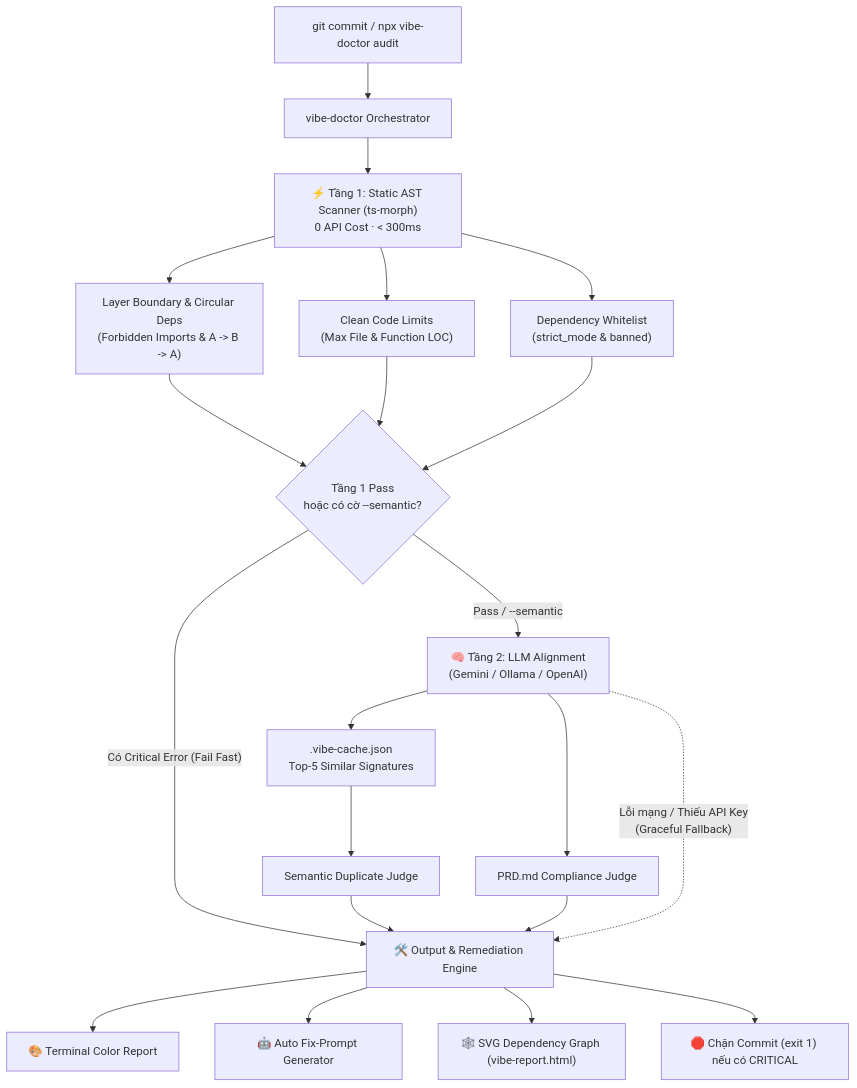
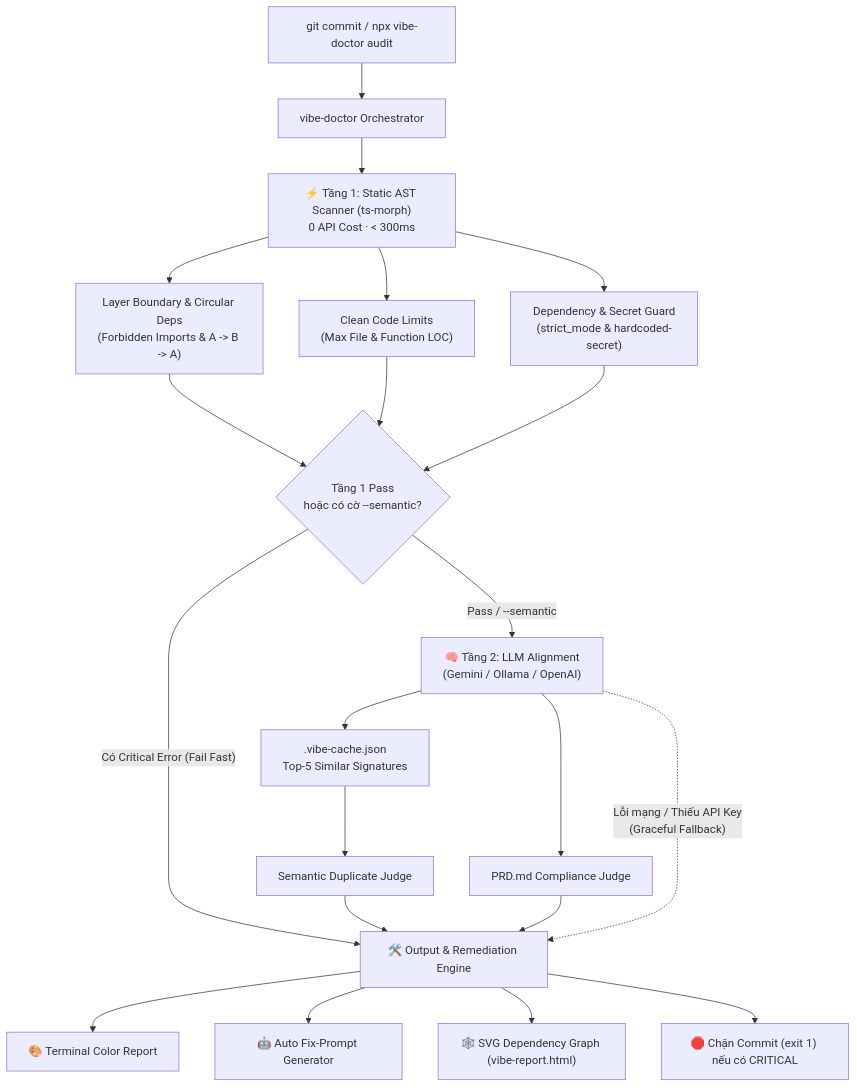
The first of 2 diagrams in README.md (24122050S/Vibe-Doctor), drawn with Mermaid before and after one commit. The commit also changed other lines of this file and 12 other files, not shown here.

Commit message:
feat(v1.4.0): add hardcoded-secret scanner, watch mode, CHANGELOG, and GitHub Release workflow

````diff
--- a/README.md
+++ b/README.md
@@ -55,26 +55,26 @@
 ```mermaid
 flowchart TD
     Commit["git commit / npx vibe-doctor audit"] --> CLI["vibe-doctor Orchestrator"]
 
     CLI --> Tier1["⚡ Tầng 1: Static AST Scanner (ts-morph)<br/>0 API Cost · < 300ms"]
     Tier1 --> R1["Layer Boundary & Circular Deps<br/>(Forbidden Imports & A -> B -> A)"]
     Tier1 --> R2["Clean Code Limits<br/>(Max File & Function LOC)"]
-    Tier1 --> R3["Dependency Whitelist<br/>(strict_mode & banned)"]
+    Tier1 --> R3["Dependency & Secret Guard<br/>(strict_mode & hardcoded-secret)"]
 
     R1 & R2 & R3 --> Gate{"Tầng 1 Pass<br/>hoặc có cờ --semantic?"}
 
     Gate -- "Có Critical Error (Fail Fast)" --> Engine["🛠️ Output & Remediation Engine"]
     Gate -- "Pass / --semantic" --> Tier2["🧠 Tầng 2: LLM Alignment<br/>(Gemini / Ollama / OpenAI)"]
 
     Tier2 --> Index[".vibe-cache.json<br/>Top-5 Similar Signatures"]
     Index --> S1["Semantic Duplicate Judge"]
     Tier2 --> S2["PRD.md Compliance Judge"]
 
     S1 & S2 --> Engine
     Tier2 -. "Lỗi mạng / Thiếu API Key<br/>(Graceful Fallback)" .-> Engine
 
     Engine --> Out1["🎨 Terminal Color Report"]
     Engine --> Out2["🤖 Auto Fix-Prompt Generator"]
     Engine --> Out3["🕸️ SVG Dependency Graph (vibe-report.html)"]
     Engine --> Out4["🛑 Chặn Commit (exit 1) nếu có CRITICAL"]
 ```
````
